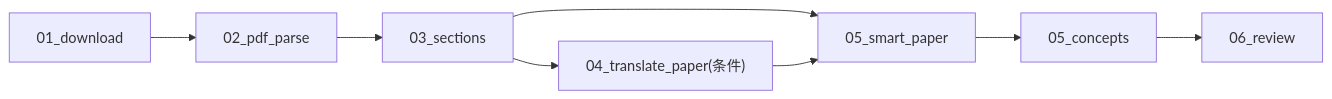
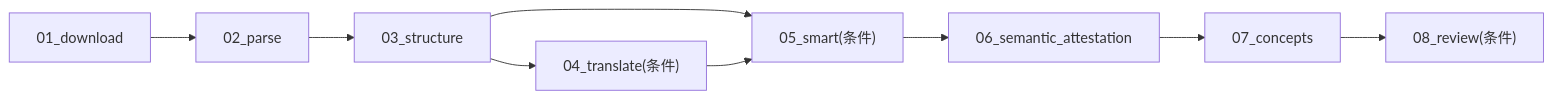
The sixth of 8 diagrams in docs/01-architecture.md (Gwzlchn/Flori), drawn with Mermaid before and after one commit. The commit also changed other lines of this file and 284 other files, not shown here.

````diff
--- a/docs/01-architecture.md
+++ b/docs/01-architecture.md
@@ -202,10 +202,8 @@
 ```mermaid
 graph LR
-    dl_p["01_download"] --> parse["02_pdf_parse"]
-    parse --> sections["03_sections"]
-    sections --> translate_p["04_translate_paper(条件)"]
-    sections --> smart_p["05_smart_paper"]
-    translate_p --> smart_p
-    smart_p --> concepts_p["05_concepts"]
-    concepts_p --> review_p["06_review"]
+    dl_d["01_download"] --> parse_d["02_parse"] --> structure_d["03_structure"]
+    structure_d --> translate_d["04_translate(条件)"]
+    structure_d --> smart_d["05_smart(条件)"]
+    translate_d --> smart_d
+    smart_d --> attest_d["06_semantic_attestation"] --> concepts_d["07_concepts"] --> review_d["08_review(条件)"]
 ```
````
